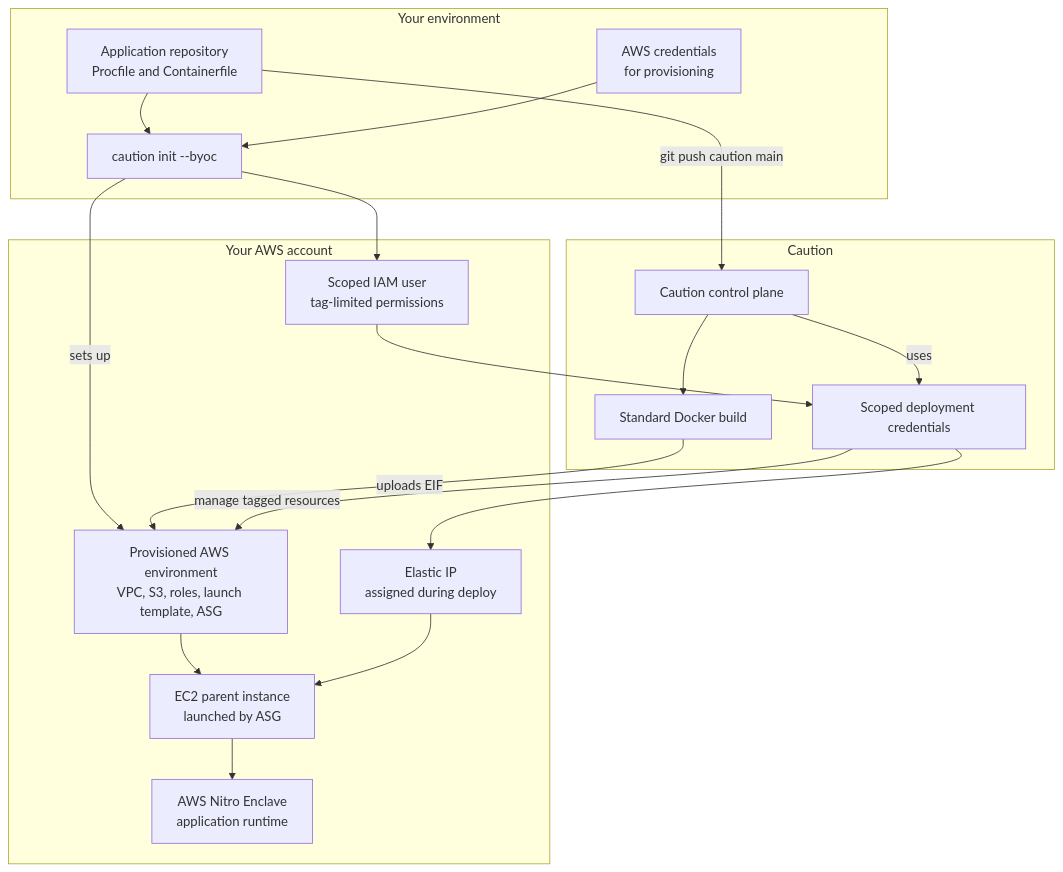
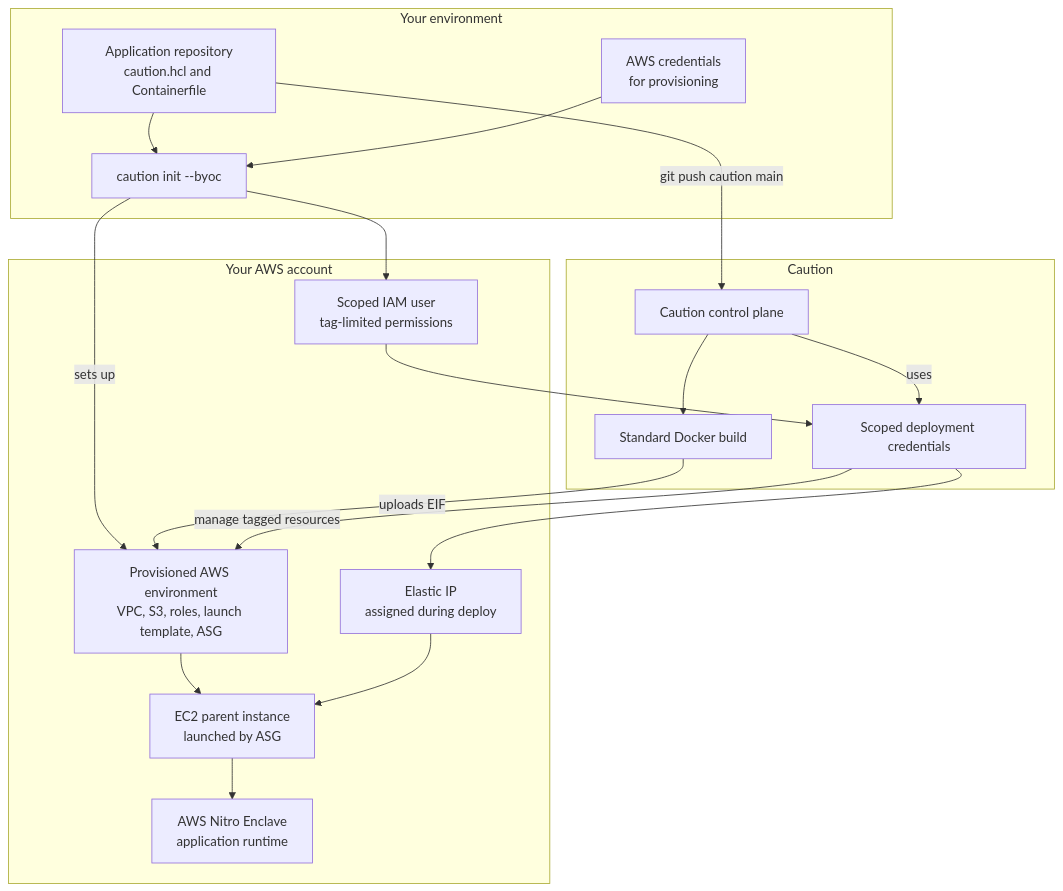
One commit to CautionHosting/docs changed the diagram in docs/reference/byoc.md. Above: the diagram before and after it, drawn with Mermaid. The commit also changed other lines of this file and 14 other files, not shown here.

First line of the commit message:
docs: convert remaining Procfile references to caution.hcl

````diff
--- a/docs/reference/byoc.md
+++ b/docs/reference/byoc.md
@@ -52,38 +52,38 @@
 ```mermaid
 flowchart TB
     subgraph Operator["Your environment"]
-        Repo["Application repository<br/>Procfile and Containerfile"]
+        Repo["Application repository<br/>caution.hcl and Containerfile"]
         Setup["caution init --byoc"]
         AwsCreds["AWS credentials<br/>for provisioning"]
     end
 
     subgraph Caution["Caution"]
         Control["Caution control plane"]
         Build["Standard Docker build"]
         ScopedCreds["Scoped deployment credentials"]
     end
 
     subgraph Aws["Your AWS account"]
         Iam["Scoped IAM user<br/>tag-limited permissions"]
         Env["Provisioned AWS environment<br/>VPC, S3, roles, launch template, ASG"]
         Eip["Elastic IP<br/>assigned during deploy"]
         Ec2["EC2 parent instance<br/>launched by ASG"]
         Enclave["AWS Nitro Enclave<br/>application runtime"]
     end
 
     Repo --> Setup
     AwsCreds --> Setup
     Setup -->|sets up| Env
     Setup --> Iam
     Iam --> ScopedCreds
 
     Repo -->|git push caution main| Control
     Control --> Build
     Control -->|uses| ScopedCreds
     Build -->|uploads EIF| Env
     ScopedCreds -->|manage tagged resources| Env
     ScopedCreds --> Eip
     Env --> Ec2
     Ec2 --> Enclave
     Eip --> Ec2
 ```
````
